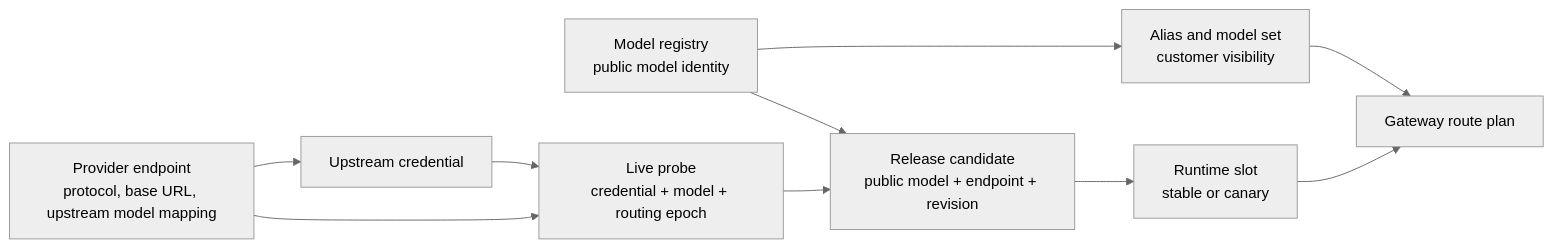
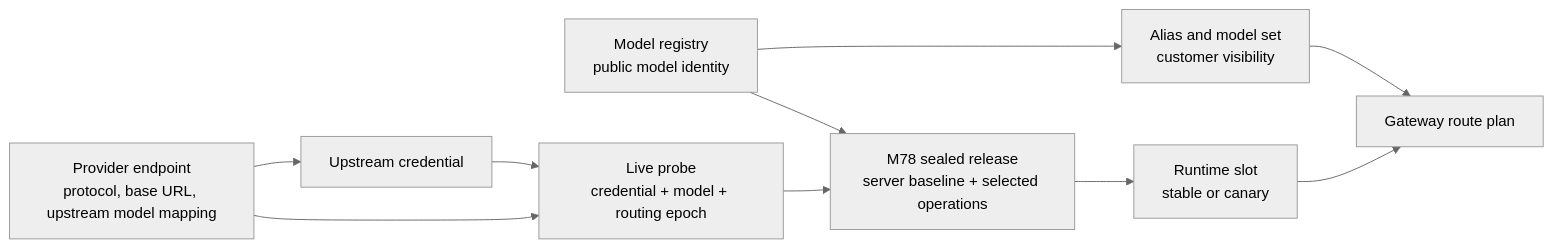
Before and after one commit to foigent/unirouter: the first of 5 diagrams in docs/architecture/SYSTEM-FACT-MAP.md, drawn with Mermaid (neutral theme). The commit also changed other lines of this file and 418 other files, not shown here.

````diff
--- a/docs/architecture/SYSTEM-FACT-MAP.md
+++ b/docs/architecture/SYSTEM-FACT-MAP.md
@@ -37,12 +60,12 @@
 ```mermaid
 flowchart LR
   R["Model registry\npublic model identity"] --> A["Alias and model set\ncustomer visibility"]
   C["Provider endpoint\nprotocol, base URL, upstream model mapping"] --> K["Upstream credential"]
   K --> P["Live probe\ncredential + model + routing epoch"]
   C --> P
-  R --> L["Release candidate\npublic model + endpoint + revision"]
+  R --> L["M78 sealed release\nserver baseline + selected operations"]
   P --> L
   L --> S["Runtime slot\nstable or canary"]
   S --> G["Gateway route plan"]
   A --> G
 ```
````
